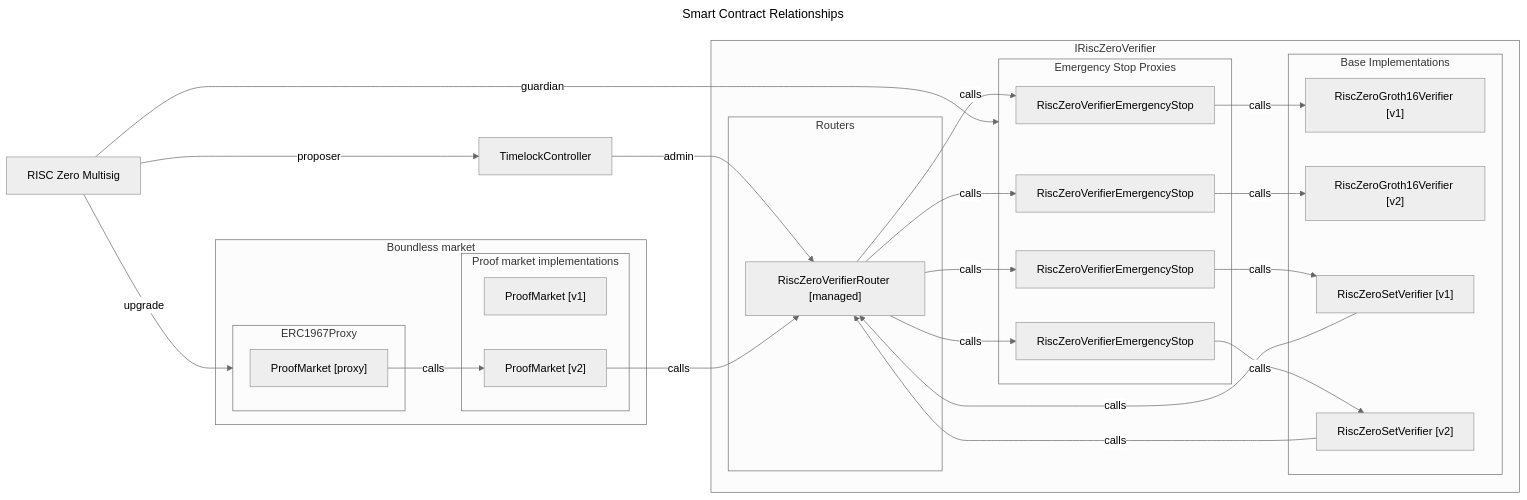
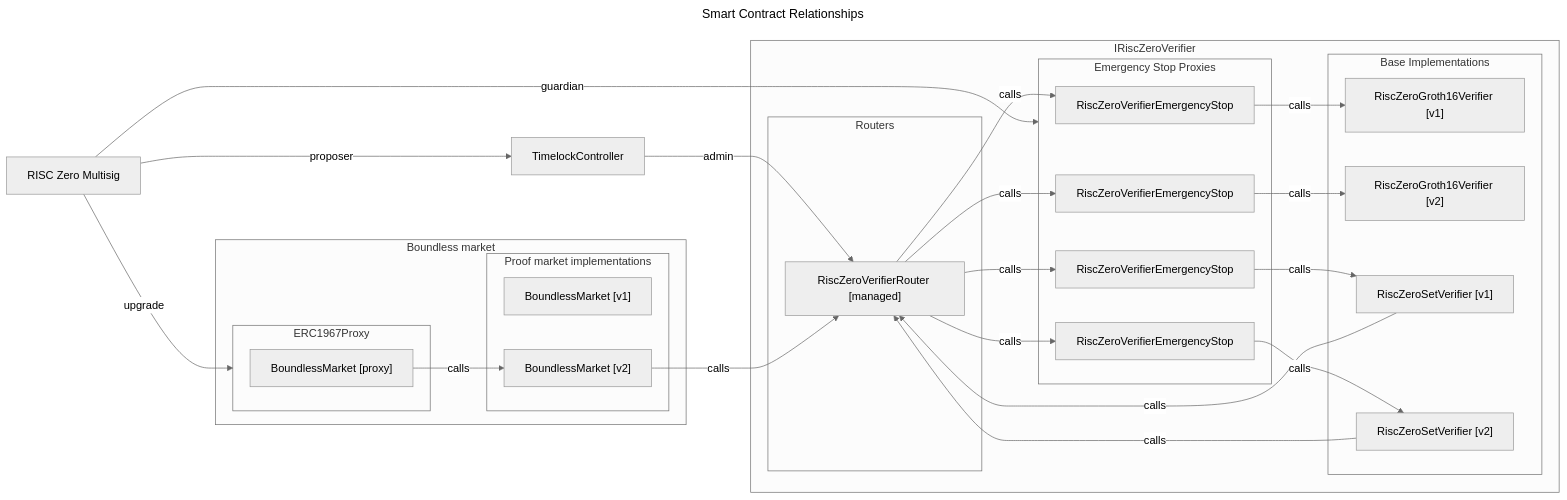
One commit to boundless-xyz/boundless changed the diagram in contracts/version-management-design.md. Above: the diagram before and after it, drawn with Mermaid (neutral theme). The commit also changed other lines of this file and 29 other files, not shown here.

````diff
--- a/contracts/version-management-design.md
+++ b/contracts/version-management-design.md
@@ -10,56 +10,56 @@
 ```mermaid
 ---
 title: Smart Contract Relationships
 ---
 flowchart LR
   subgraph IRiscZeroVerifier
     subgraph routers["Routers"]
         router["RiscZeroVerifierRouter [managed]"]
     end
 
     subgraph emergencyStops["Emergency Stop Proxies"]
       groth16v1ES["RiscZeroVerifierEmergencyStop"]
       groth16v2ES["RiscZeroVerifierEmergencyStop"]
       setv1ES["RiscZeroVerifierEmergencyStop"]
       setv2ES["RiscZeroVerifierEmergencyStop"]
     end
 
     subgraph impls["Base Implementations"]
         groth16v1["RiscZeroGroth16Verifier [v1]"]
         groth16v2["RiscZeroGroth16Verifier [v2]"]
         setv1["RiscZeroSetVerifier [v1]"]
         setv2["RiscZeroSetVerifier [v2]"]
     end
 
     router -- calls --> groth16v1ES
     router -- calls --> groth16v2ES
     router -- calls --> setv1ES
     router -- calls --> setv2ES
 
     groth16v1ES -- calls --> groth16v1
     groth16v2ES -- calls --> groth16v2
     setv1ES -- calls --> setv1
     setv2ES -- calls --> setv2
   end
   subgraph Boundless market
     subgraph proxy["ERC1967Proxy"]
-        marketProxy["ProofMarket [proxy]"]
+        marketProxy["BoundlessMarket [proxy]"]
     end
-    subgraph ProofMarket["Proof market implementations"]
-        proofMarketv1["ProofMarket [v1]"]
-        proofMarketv2["ProofMarket [v2]"]
+    subgraph BoundlessMarket["Proof market implementations"]
+        proofMarketv1["BoundlessMarket [v1]"]
+        proofMarketv2["BoundlessMarket [v2]"]
     end
 
     marketProxy -- calls --> proofMarketv2
   end
   timelock[TimelockController]
   multisig["RISC Zero Multisig"]
 
   timelock -- admin --> router
   multisig -- proposer --> timelock
   multisig -- guardian --> emergencyStops
   multisig -- upgrade --> proxy
   setv1 -- calls --> router
   setv2 -- calls --> router
   proofMarketv2 -- calls --> router
 ```
````
